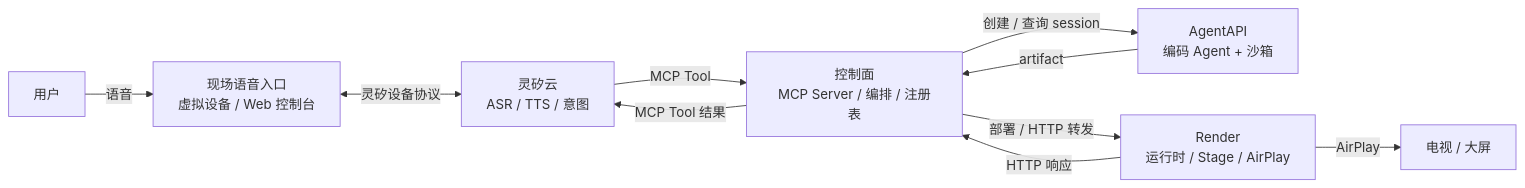
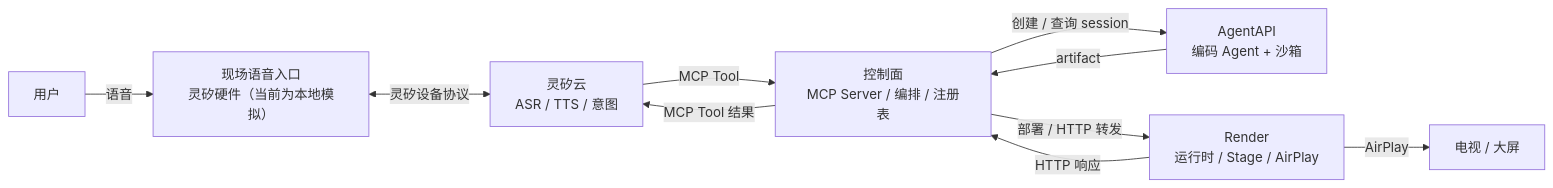
One commit to open-anywhere/open-anywhere changed the first of 3 diagrams in docs/architecture.md. Above: the diagram before and after it, drawn with Mermaid. The commit also changed other lines of this file, not shown here.

````diff
--- a/docs/architecture.md
+++ b/docs/architecture.md
@@ -68,12 +70,12 @@
 ```mermaid
 flowchart LR
-  U["用户"] -->|语音| V["现场语音入口<br/>虚拟设备 / Web 控制台"]
+  U["用户"] -->|语音| V["现场语音入口<br/>灵矽硬件（当前为本地模拟）"]
   V <-->|灵矽设备协议| L["灵矽云<br/>ASR / TTS / 意图"]
   L -->|MCP Tool| C["控制面<br/>MCP Server / 编排 / 注册表"]
   C -->|创建 / 查询 session| A["AgentAPI<br/>编码 Agent + 沙箱"]
   A -->|artifact| C
   C -->|部署 / HTTP 转发| R["Render<br/>运行时 / Stage / AirPlay"]
   R -->|HTTP 响应| C
   C -->|MCP Tool 结果| L
   R -->|AirPlay| T["电视 / 大屏"]
 ```
````
